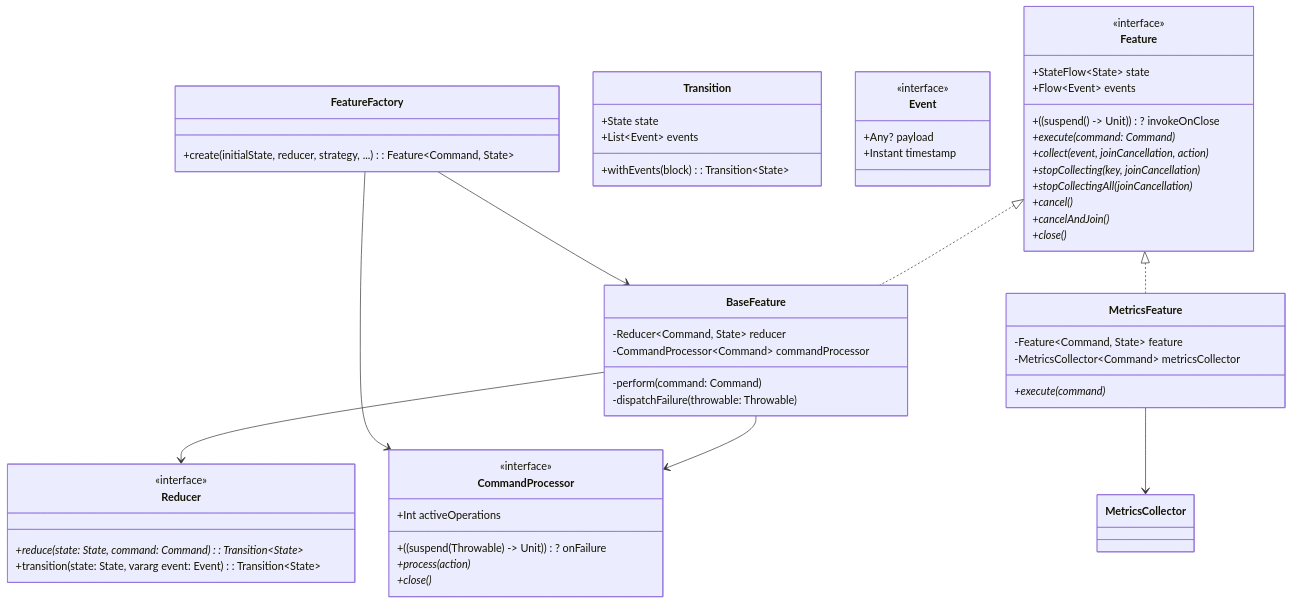
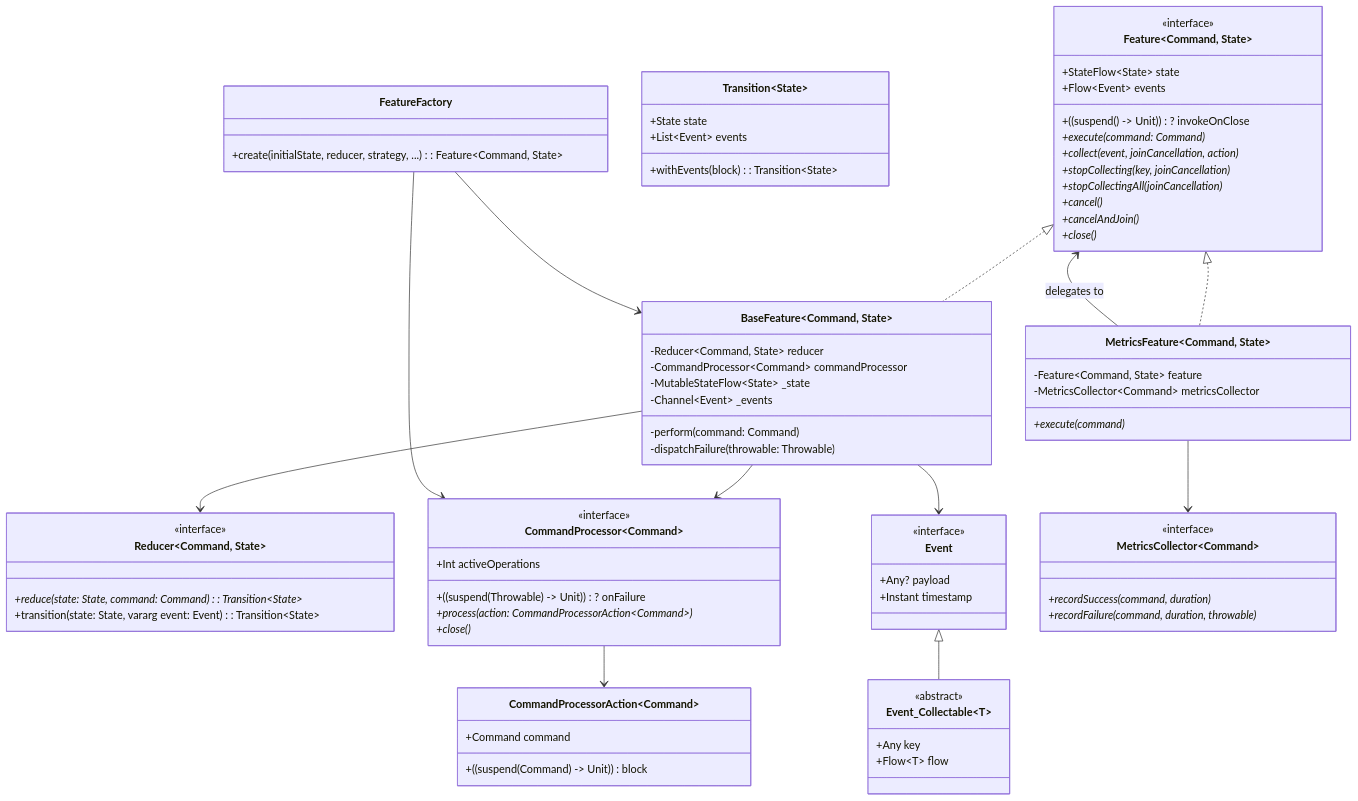
Before and after one commit to numq/reduce-and-conquer: the first of 3 diagrams in README.md, drawn with Mermaid.

Commit message:
Provide README.md changes

````diff
--- a/README.md
+++ b/README.md
@@ -79,6 +79,6 @@
 ```mermaid
 classDiagram
-    class Feature {
+    class Feature~Command, State~ {
         <<interface>>
         +StateFlow~State~ state
         +Flow~Event~ events
@@ -92,30 +92,32 @@
         +close()*
     }
     
-    class BaseFeature {
+    class BaseFeature~Command, State~ {
         -Reducer~Command, State~ reducer
         -CommandProcessor~Command~ commandProcessor
+        -MutableStateFlow~State~ _state
+        -Channel~Event~ _events
         -perform(command: Command)
         -dispatchFailure(throwable: Throwable)
     }
     
-    class Reducer {
+    class Reducer~Command, State~ {
         <<interface>>
         +reduce(state: State, command: Command): Transition~State~*
         +transition(state: State, vararg event: Event): Transition~State~
     }
     
-    class Transition {
+    class Transition~State~ {
         +State state
         +List~Event~ events
         +withEvents(block): Transition~State~
     }
     
-    class CommandProcessor {
+    class CommandProcessor~Command~ {
         <<interface>>
         +Int activeOperations
         +((suspend (Throwable) -> Unit))? onFailure
-        +process(action)*
+        +process(action: CommandProcessorAction~Command~)*
         +close()*
     }
     
@@ -125,7 +127,13 @@
         +Instant timestamp
     }
     
-    class MetricsFeature {
+    class Event_Collectable~T~ {
+        <<abstract>>
+        +Any key
+        +Flow~T~ flow
+    }
+    
+    class MetricsFeature~Command, State~ {
         -Feature~Command, State~ feature
         -MetricsCollector~Command~ metricsCollector
         +execute(command)*
@@ -134,12 +142,27 @@
     class FeatureFactory {
         +create(initialState, reducer, strategy, ...): Feature~Command, State~
     }
+    
+    class CommandProcessorAction~Command~ {
+        +Command command
+        +((suspend (Command) -> Unit)) block
+    }
+    
+    class MetricsCollector~Command~ {
+        <<interface>>
+        +recordSuccess(command, duration)*
+        +recordFailure(command, duration, throwable)*
+    }
 
     Feature <|.. BaseFeature
     BaseFeature --> Reducer
     BaseFeature --> CommandProcessor
+    BaseFeature --> Event
     Feature <|.. MetricsFeature
+    MetricsFeature --> Feature : delegates to
     MetricsFeature --> MetricsCollector
     FeatureFactory --> BaseFeature
     FeatureFactory --> CommandProcessor
+    CommandProcessor --> CommandProcessorAction
+    Event <|-- Event_Collectable
 ```
````
